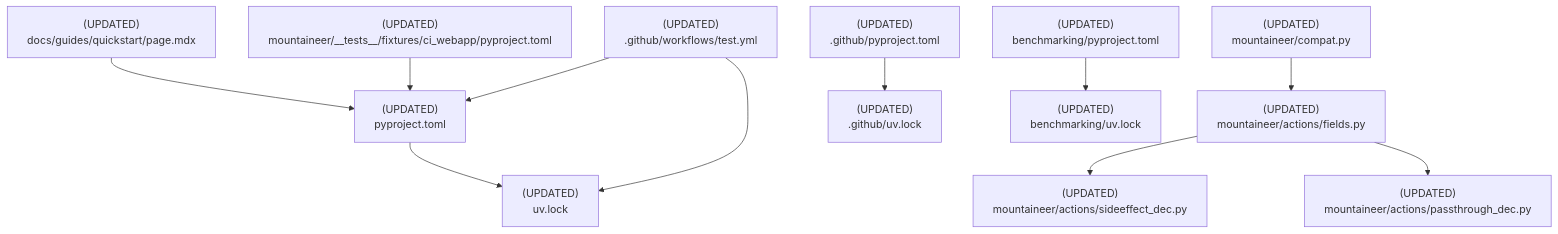
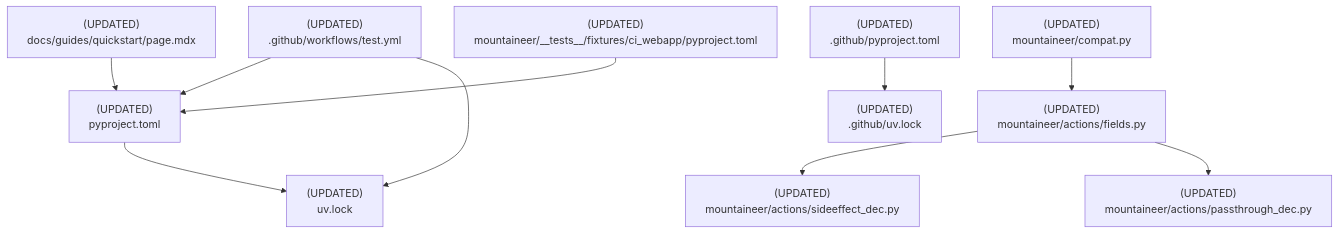
The fifth of 5 diagrams in design/002-python-3-14-support-drop-3-10.md (mplemay/mountaineer), drawn with Mermaid before and after one commit. The commit also changed other lines of this file and 6 other files, not shown here.

````diff
--- a/design/002-python-3-14-support-drop-3-10.md
+++ b/design/002-python-3-14-support-drop-3-10.md
@@ -146,27 +146,24 @@
 ```mermaid
 graph TD
     RootPyproject["(UPDATED)<br/>pyproject.toml"]
     RootLock["(UPDATED)<br/>uv.lock"]
     ScriptsPyproject["(UPDATED)<br/>.github/pyproject.toml"]
     ScriptsLock["(UPDATED)<br/>.github/uv.lock"]
-    BenchPyproject["(UPDATED)<br/>benchmarking/pyproject.toml"]
-    BenchLock["(UPDATED)<br/>benchmarking/uv.lock"]
     CIWorkflow["(UPDATED)<br/>.github/workflows/test.yml"]
     Compat["(UPDATED)<br/>mountaineer/compat.py"]
     Fields["(UPDATED)<br/>mountaineer/actions/fields.py"]
     Sideeffect["(UPDATED)<br/>mountaineer/actions/sideeffect_dec.py"]
     Passthrough["(UPDATED)<br/>mountaineer/actions/passthrough_dec.py"]
     DocsQuickstart["(UPDATED)<br/>docs/guides/quickstart/page.mdx"]
     FixturePyproject["(UPDATED)<br/>mountaineer/__tests__/fixtures/ci_webapp/pyproject.toml"]
 
     RootPyproject --> RootLock
     ScriptsPyproject --> ScriptsLock
-    BenchPyproject --> BenchLock
     CIWorkflow --> RootPyproject
     CIWorkflow --> RootLock
     Fields --> Sideeffect
     Fields --> Passthrough
     Compat --> Fields
     DocsQuickstart --> RootPyproject
     FixturePyproject --> RootPyproject
 ```
````
